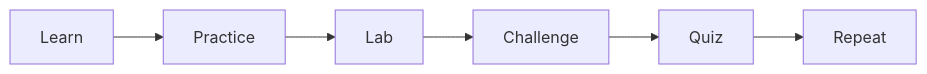
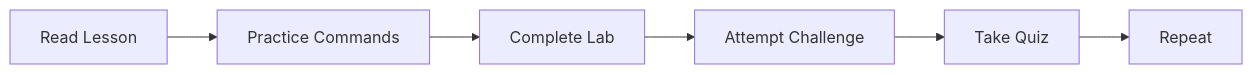
Before and after one commit to m4ckDev/Linux-School: the second of 2 diagrams in README.md, drawn with Mermaid. The commit also changed other lines of this file and 1 other file, not shown here.

Commit message:
Update README and roadmap with module progress

````diff
--- a/README.md
+++ b/README.md
@@ -137,8 +105,8 @@
 ```mermaid
 flowchart LR
-    A[Learn] --> B[Practice]
-    B --> C[Lab]
-    C --> D[Challenge]
-    D --> E[Quiz]
+    A[Read Lesson] --> B[Practice Commands]
+    B --> C[Complete Lab]
+    C --> D[Attempt Challenge]
+    D --> E[Take Quiz]
     E --> F[Repeat]
 ```
````
